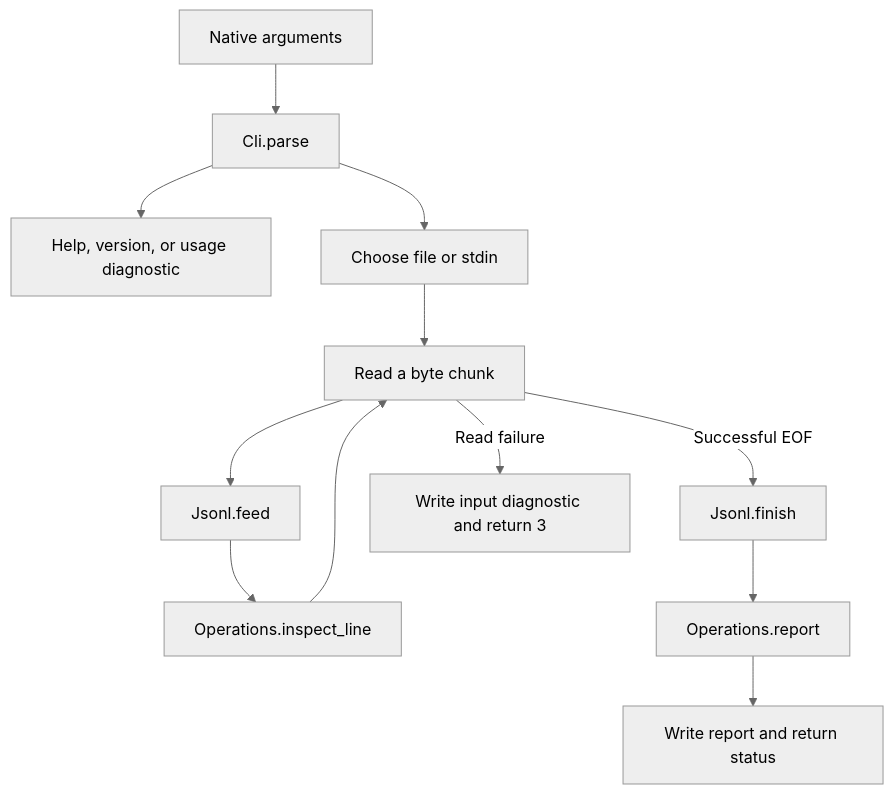
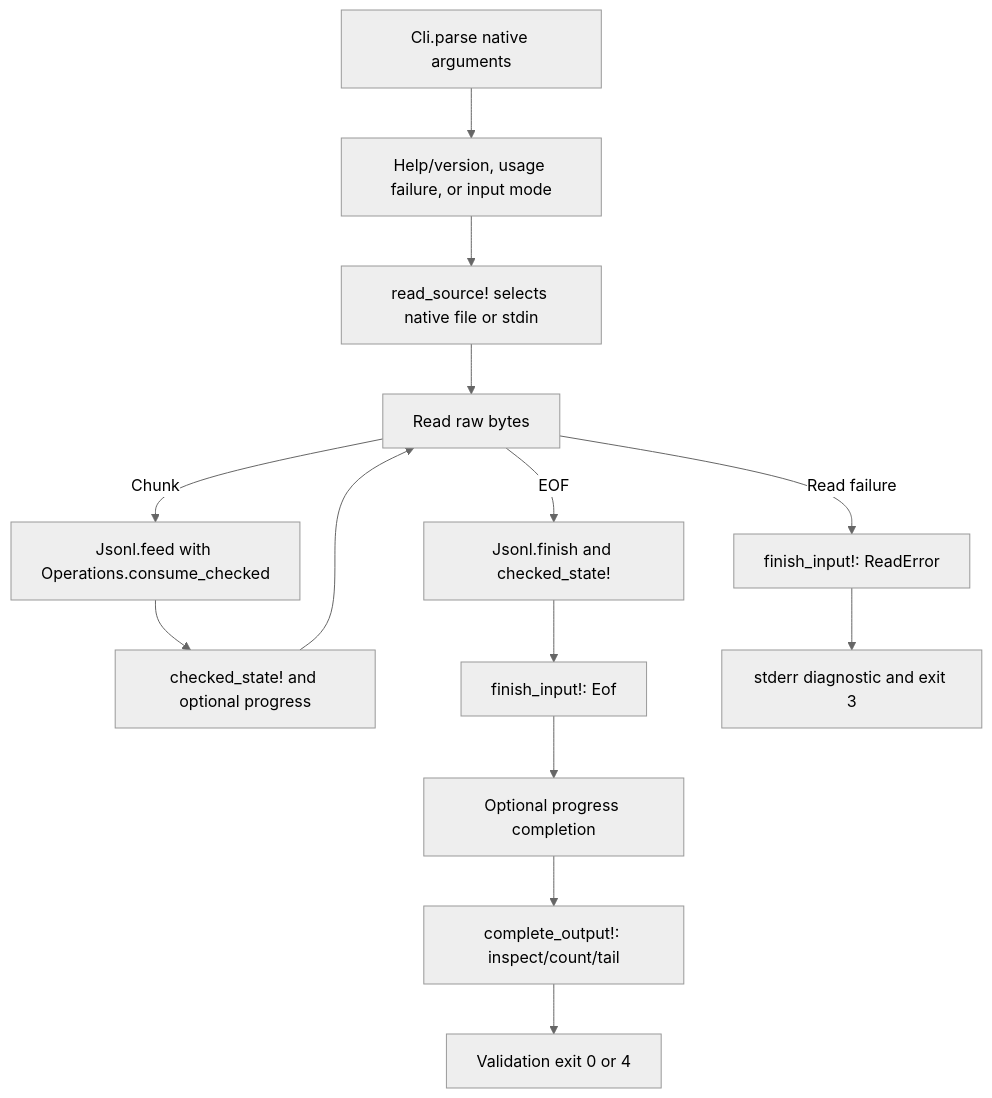
One commit to DanielBlanco/jlog changed the diagram in docs/learning/main.roc.md. Above: the diagram before and after it, drawn with Mermaid (neutral theme). The commit also changed other lines of this file and 17 other files, not shown here.

Commit message:
Add count and bounded tail with progress and checked error handling

````diff
--- a/docs/learning/main.roc.md
+++ b/docs/learning/main.roc.md
@@ -16,14 +16,16 @@
 ```mermaid
 flowchart TD
-    A[Native arguments] --> B[Cli.parse]
-    B --> C[Help, version, or usage diagnostic]
-    B --> D[Choose file or stdin]
-    D --> E[Read a byte chunk]
-    E --> F[Jsonl.feed]
-    F --> G[Operations.inspect_line]
-    G --> E
-    E -->|Successful EOF| H[Jsonl.finish]
-    H --> I[Operations.report]
-    I --> J[Write report and return status]
-    E -->|Read failure| K[Write input diagnostic and return 3]
+    A[Cli.parse native arguments] --> B[Help/version, usage failure, or input mode]
+    B --> C[read_source! selects native file or stdin]
+    C --> D[Read raw bytes]
+    D -->|Chunk| E[Jsonl.feed with Operations.consume_checked]
+    E --> F[checked_state! and optional progress]
+    F --> D
+    D -->|EOF| G[Jsonl.finish and checked_state!]
+    G --> H[finish_input!: Eof]
+    D -->|Read failure| I[finish_input!: ReadError]
+    I --> J[stderr diagnostic and exit 3]
+    H --> K[Optional progress completion]
+    K --> L[complete_output!: inspect/count/tail]
+    L --> M[Validation exit 0 or 4]
 ```
````
